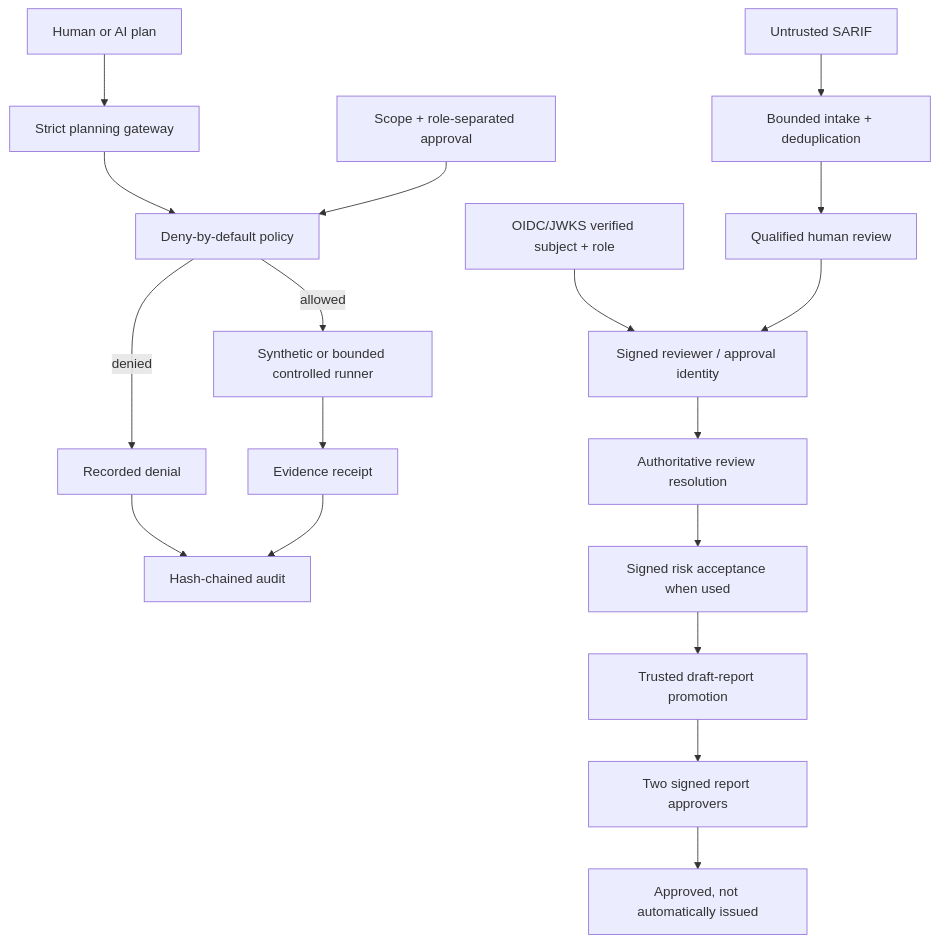
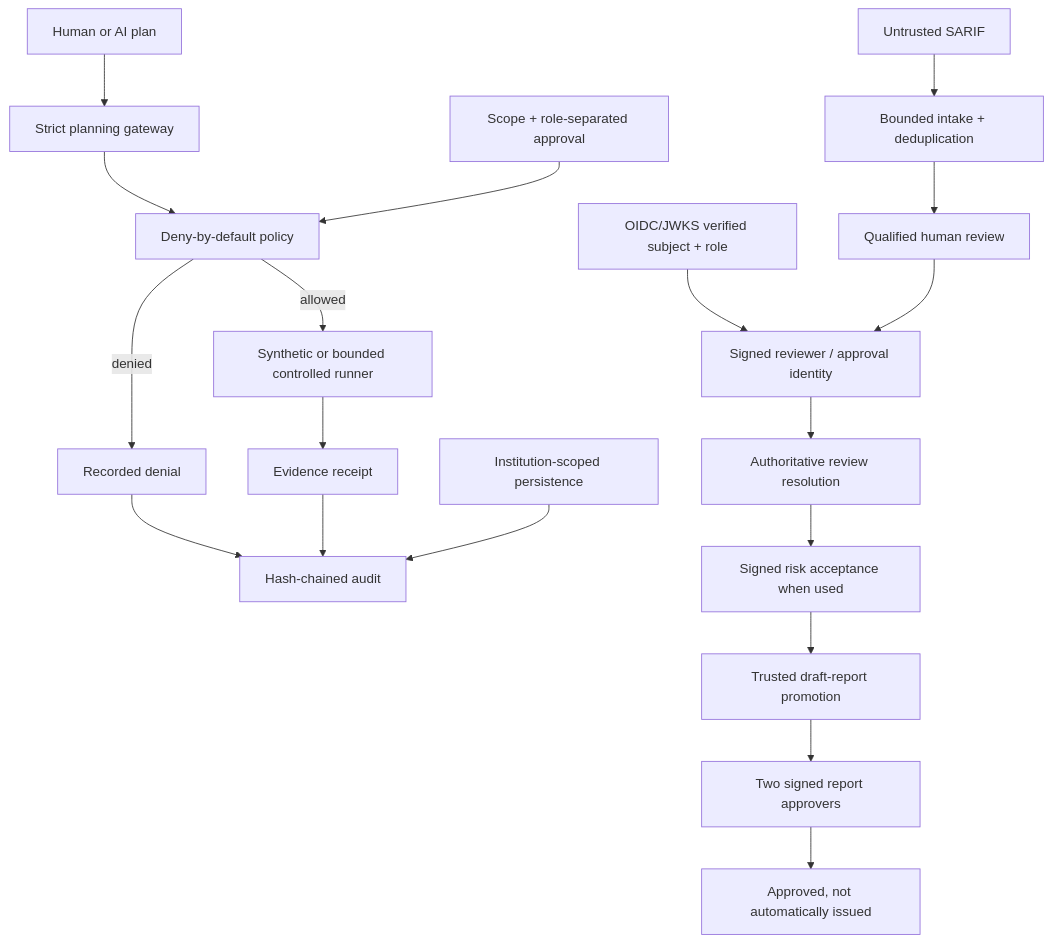
One commit to bilgekayali/finredops changed the diagram in README.md. Above: the diagram before and after it, drawn with Mermaid. The commit also changed other lines of this file, not shown here.

````diff
--- a/README.md
+++ b/README.md
@@ -46,20 +47,21 @@
 ```mermaid
 flowchart TD
     A["Human or AI plan"] --> B["Strict planning gateway"]
     B --> C["Deny-by-default policy"]
     D["Scope + role-separated approval"] --> C
     C -->|allowed| E["Synthetic or bounded controlled runner"]
     C -->|denied| F["Recorded denial"]
     E --> G["Evidence receipt"]
     F --> H["Hash-chained audit"]
     G --> H
     I["Untrusted SARIF"] --> J["Bounded intake + deduplication"]
     J --> K["Qualified human review"]
     O["OIDC/JWKS verified subject + role"] --> L["Signed reviewer / approval identity"]
     K --> L
     L --> N["Authoritative review resolution"]
     N --> R["Signed risk acceptance when used"]
     R --> M["Trusted draft-report promotion"]
     M --> P["Two signed report approvers"]
     P --> Q["Approved, not automatically issued"]
+    S["Institution-scoped persistence"] --> H
 ```
````
